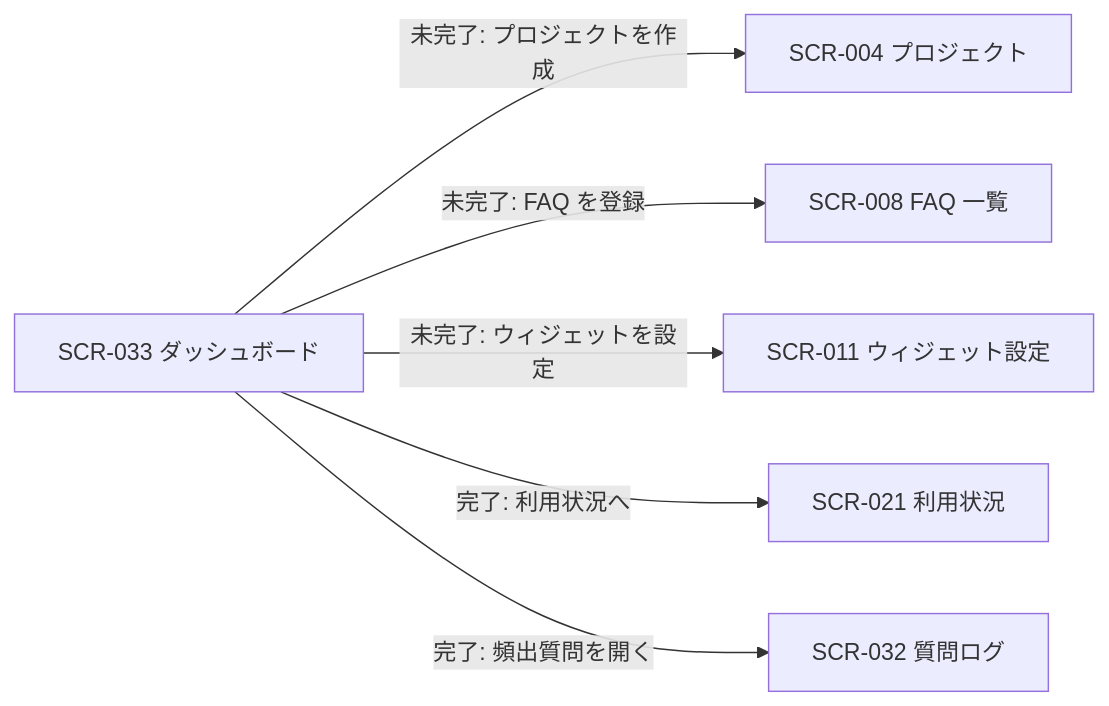
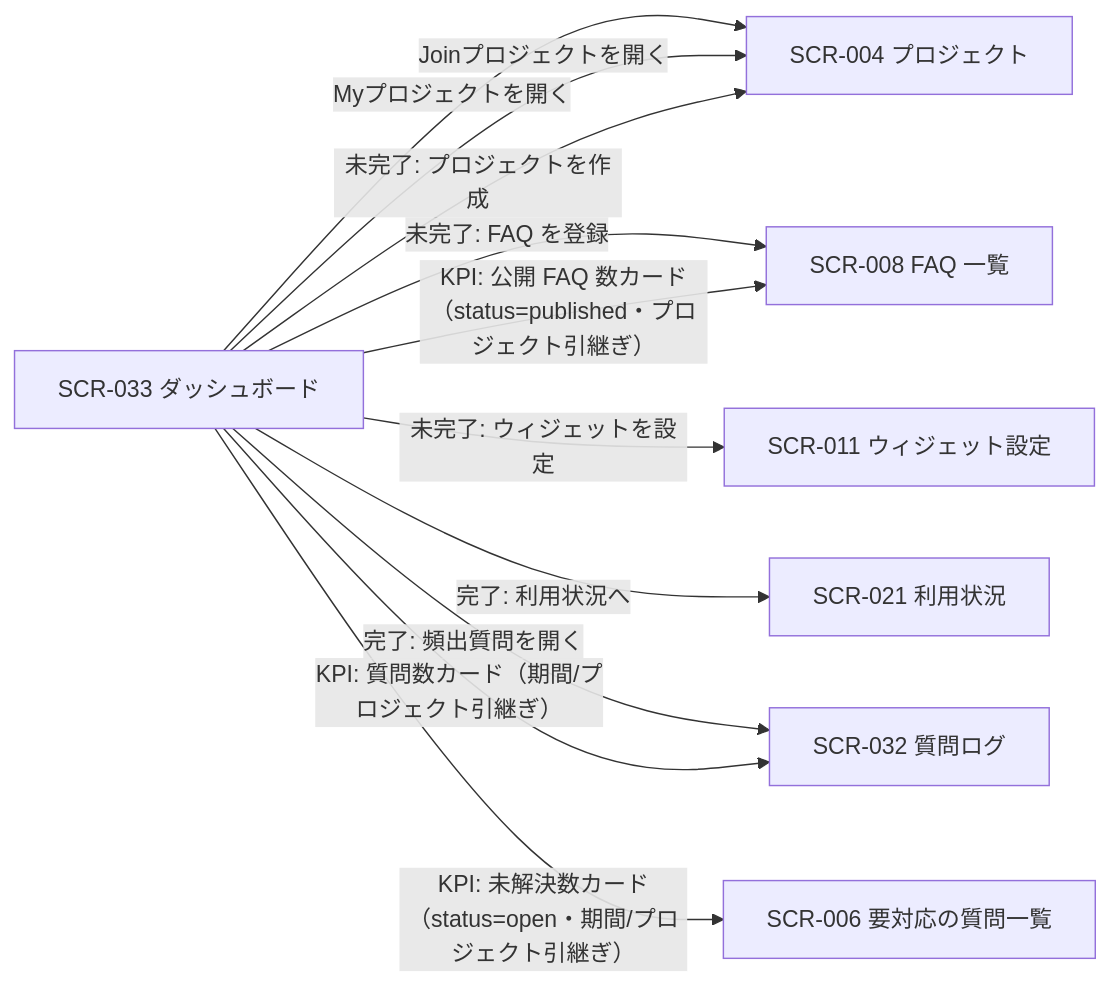
One commit to sikakou54/open-faq changed the diagram in 02_basic_design/01_frontend/01_screens/SCR-033.md. Above: the diagram before and after it, drawn with Mermaid. The commit also changed other lines of this file and 294 other files, not shown here.

````diff
--- a/02_basic_design/01_frontend/01_screens/SCR-033.md
+++ b/02_basic_design/01_frontend/01_screens/SCR-033.md
@@ -21,14 +21,20 @@
 ```mermaid
 flowchart LR
   S33["SCR-033 ダッシュボード"]
   S04["SCR-004 プロジェクト"]
+  S06["SCR-006 要対応の質問一覧"]
   S08["SCR-008 FAQ 一覧"]
   S11["SCR-011 ウィジェット設定"]
   S21["SCR-021 利用状況"]
   S32["SCR-032 質問ログ"]
+  S33 -->|Myプロジェクトを開く| S04
+  S33 -->|Joinプロジェクトを開く| S04
   S33 -->|未完了: プロジェクトを作成| S04
   S33 -->|未完了: FAQ を登録| S08
   S33 -->|未完了: ウィジェットを設定| S11
   S33 -->|完了: 利用状況へ| S21
   S33 -->|完了: 頻出質問を開く| S32
+  S33 -->|KPI: 質問数カード（期間/プロジェクト引継ぎ）| S32
+  S33 -->|KPI: 未解決数カード（status=open・期間/プロジェクト引継ぎ）| S06
+  S33 -->|KPI: 公開 FAQ 数カード（status=published・プロジェクト引継ぎ）| S08
 ```
````
